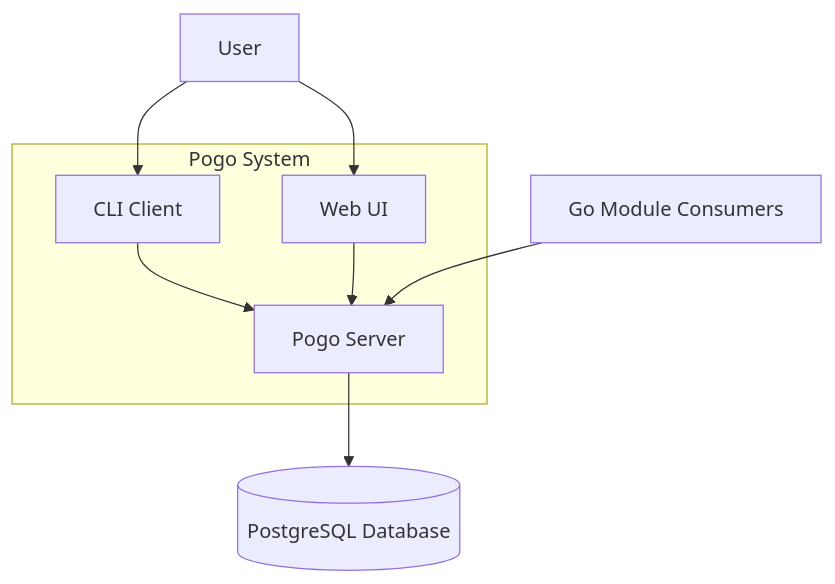
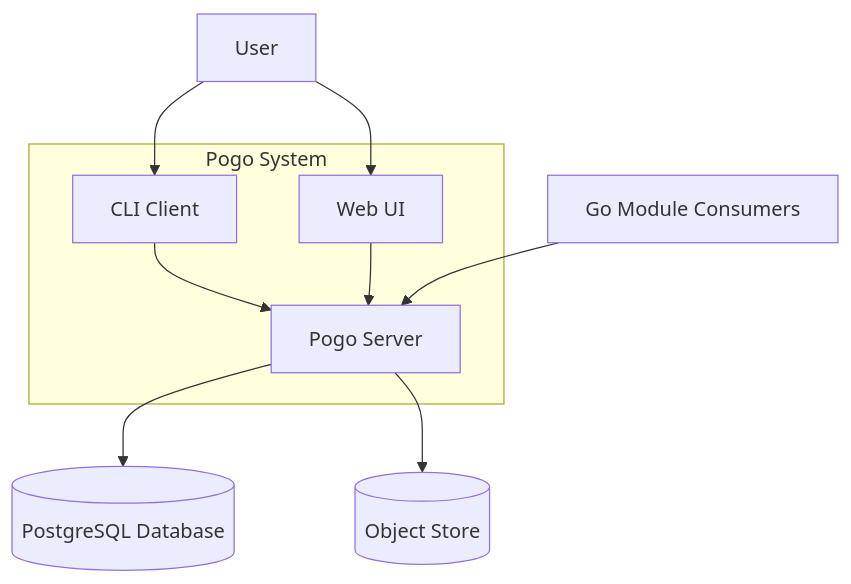
One commit to pogo-vcs/pogo changed the second of 8 diagrams in ARCHITECTURE.md. Above: the diagram before and after it, drawn with Mermaid. The commit also changed other lines of this file and 1 other file, not shown here.

Commit message:
docs: add object store to architecture diagram

````diff
--- a/ARCHITECTURE.md
+++ b/ARCHITECTURE.md
@@ -25,20 +29,22 @@
 ```mermaid
 graph TB
     User[User]
-    
+
     subgraph "Pogo System"
         CLI[CLI Client]
         Server[Pogo Server]
         WebUI[Web UI]
     end
-    
+
     PostgreSQL[(PostgreSQL Database)]
+    ObjectStore[(Object Store)]
     GoModules[Go Module Consumers]
-    
+
     User --> CLI
     User --> WebUI
     CLI --> Server
     WebUI --> Server
     Server --> PostgreSQL
+    Server --> ObjectStore
     GoModules --> Server
 ```
````
